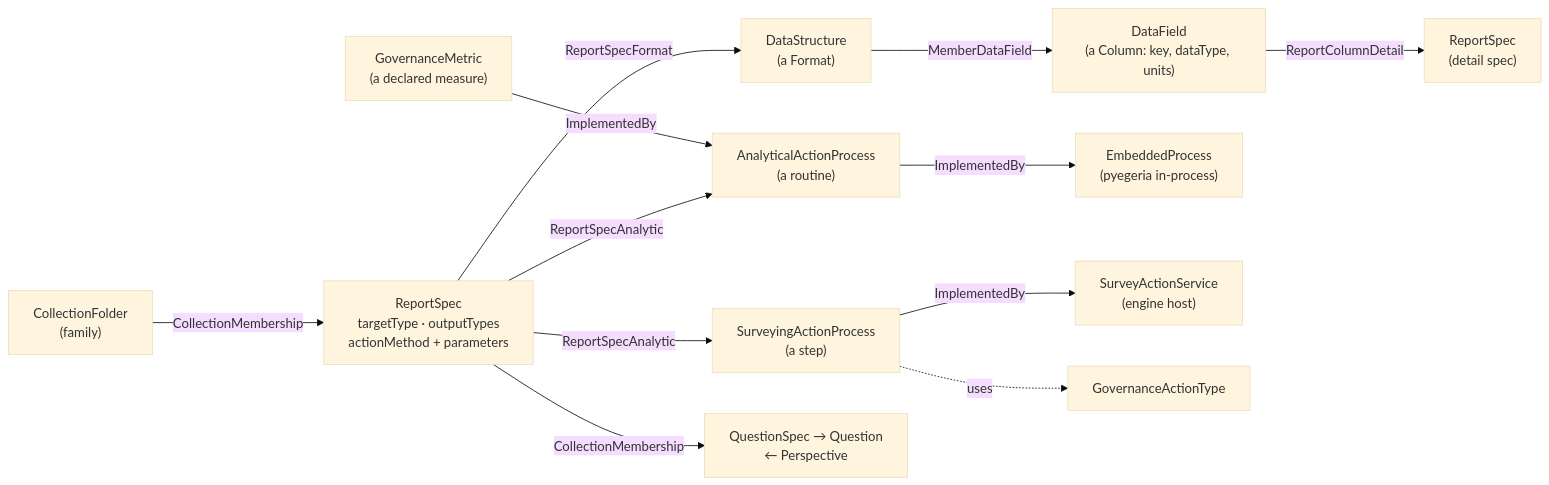
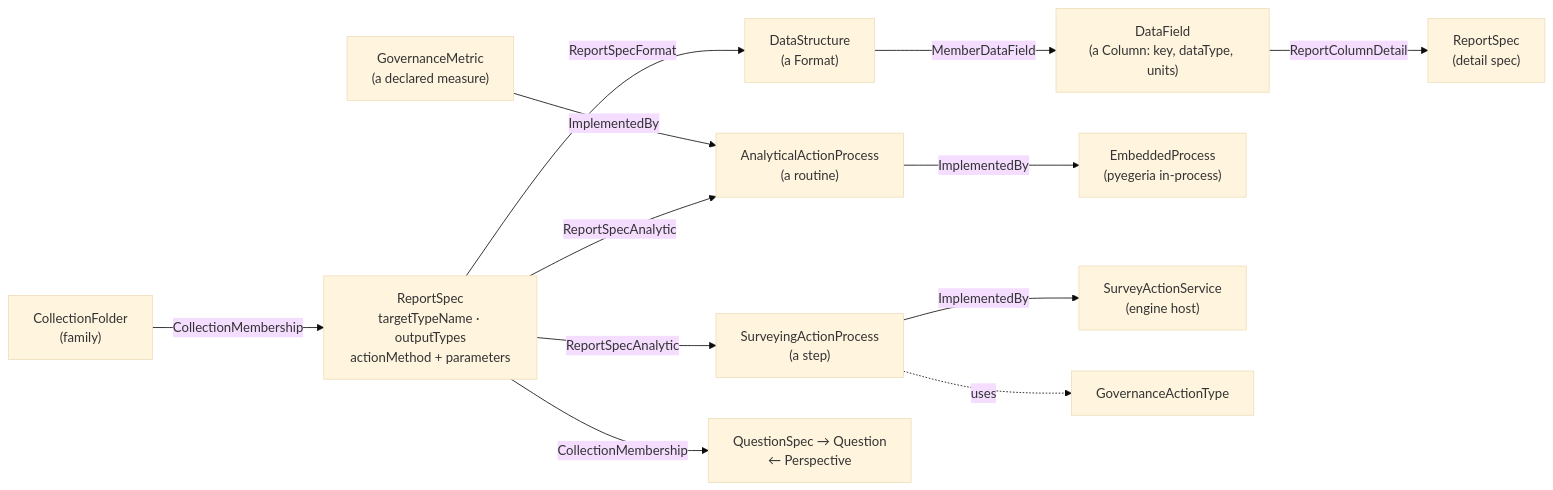
Before and after one commit to odpi/egeria-workspaces: the fourth of 6 diagrams in portal-docs/Internals/report-specs-dashboards-egeria-model.md, drawn with Mermaid (base theme). The commit also changed other lines of this file and 1 other file, not shown here.

First line of the commit message:
docs(portal): ReportSpec property is targetTypeName (Egeria team rename)

````diff
--- a/portal-docs/Internals/report-specs-dashboards-egeria-model.md
+++ b/portal-docs/Internals/report-specs-dashboards-egeria-model.md
@@ -400,27 +400,27 @@
 ```mermaid
 flowchart LR
-    RS["ReportSpec<br/>targetType · outputTypes<br/>actionMethod + parameters"]
+    RS["ReportSpec<br/>targetTypeName · outputTypes<br/>actionMethod + parameters"]
     FMT["DataStructure<br/>(a Format)"]
     COL["DataField<br/>(a Column: key, dataType, units)"]
     RS2["ReportSpec<br/>(detail spec)"]
     AAP["AnalyticalActionProcess<br/>(a routine)"]
     SAP["SurveyingActionProcess<br/>(a step)"]
     EMB["EmbeddedProcess<br/>(pyegeria in-process)"]
     SAS["SurveyActionService<br/>(engine host)"]
     GAT["GovernanceActionType"]
     GM["GovernanceMetric<br/>(a declared measure)"]
     FAM["CollectionFolder<br/>(family)"]
     QS["QuestionSpec → Question<br/>← Perspective"]
 
     RS -- "ReportSpecFormat" --> FMT
     FMT -- "MemberDataField" --> COL
     COL -- "ReportColumnDetail" --> RS2
     RS -- "ReportSpecAnalytic" --> AAP
     RS -- "ReportSpecAnalytic" --> SAP
     AAP -- "ImplementedBy" --> EMB
     SAP -- "ImplementedBy" --> SAS
     SAP -. "uses" .-> GAT
     GM -- "ImplementedBy" --> AAP
     FAM -- "CollectionMembership" --> RS
     RS -- "CollectionMembership" --> QS
 ```
````
